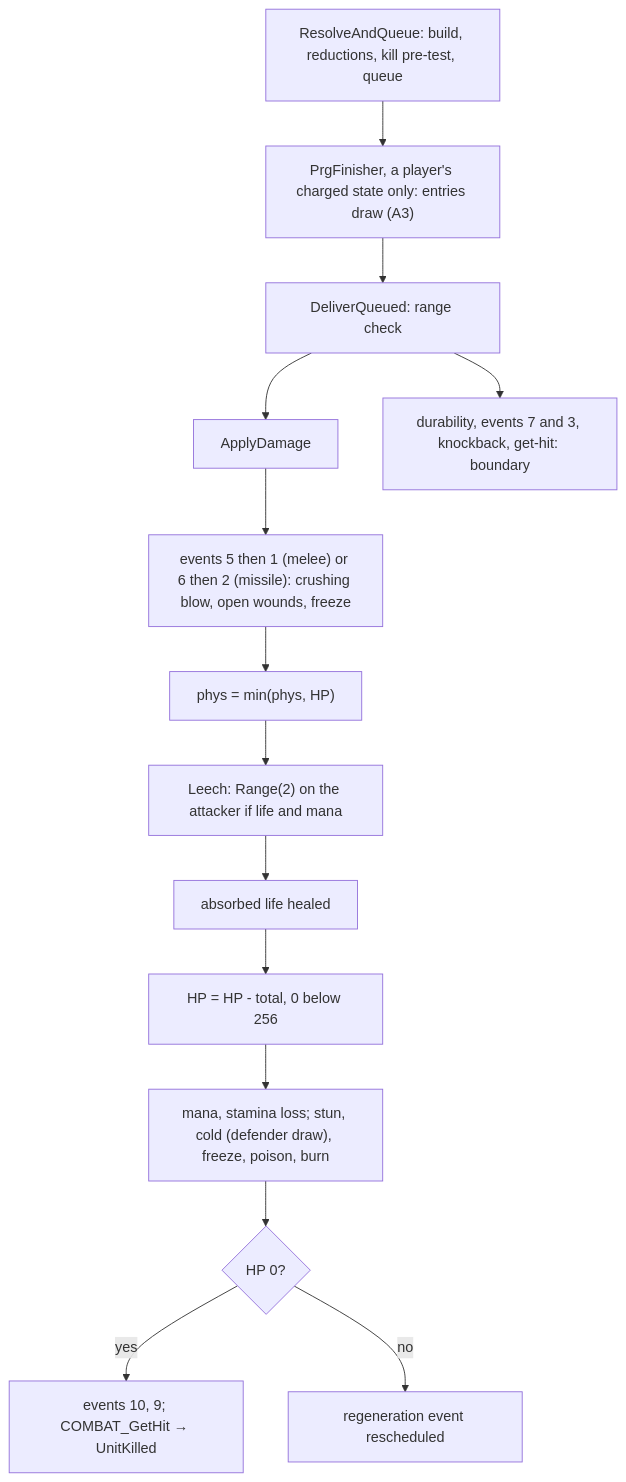
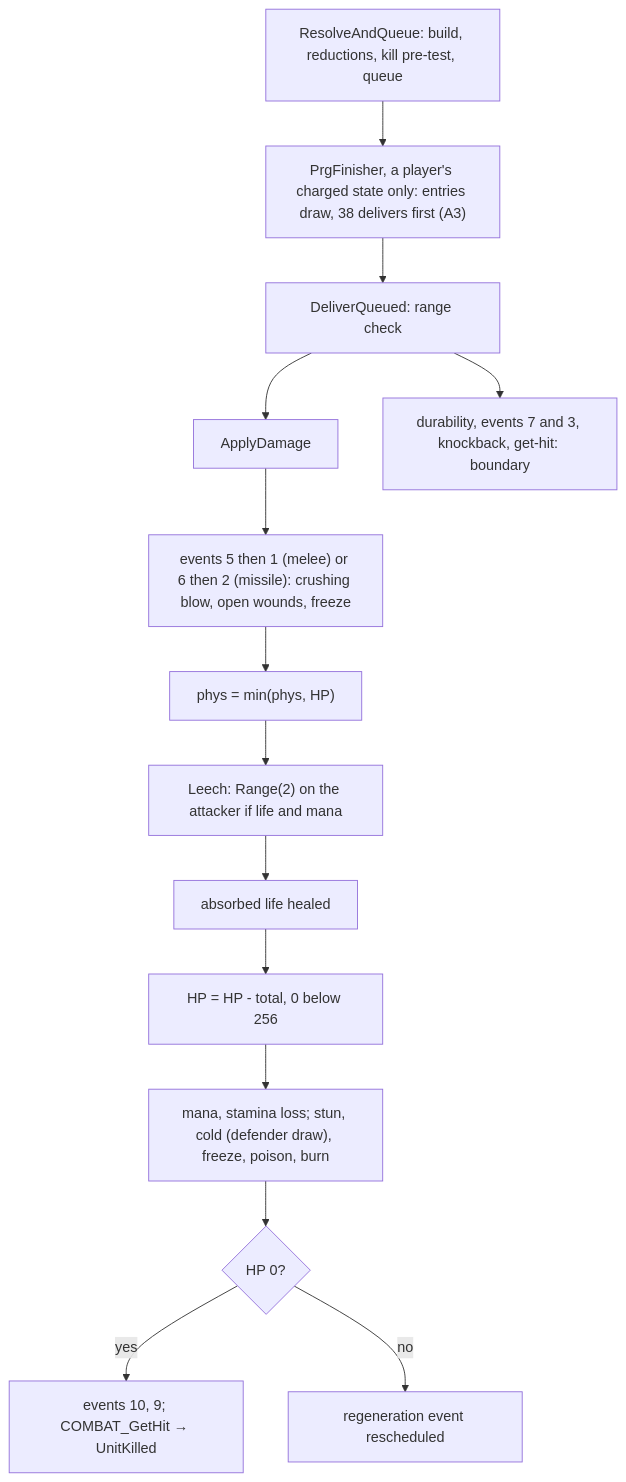
Before and after one commit to IgorKonovalov/diablo-2-recompilation: the first of 2 diagrams in docs/specs/combat/delivery.md, drawn with Mermaid. The commit also changed other lines of this file and 7 other files, not shown here.

````diff
--- a/docs/specs/combat/delivery.md
+++ b/docs/specs/combat/delivery.md
@@ -22,16 +22,16 @@
 ```mermaid
 flowchart TD
-  q["ResolveAndQueue: build, reductions, kill pre-test, queue"] --> fin["PrgFinisher, a player's charged state only: entries draw (A3)"]
+  q["ResolveAndQueue: build, reductions, kill pre-test, queue"] --> fin["PrgFinisher, a player's charged state only: entries draw, 38 delivers first (A3)"]
   fin --> dq["DeliverQueued: range check"]
   dq --> ad["ApplyDamage"]
   ad --> ev["events 5 then 1 (melee) or 6 then 2 (missile): crushing blow, open wounds, freeze"]
   ev --> cap["phys = min(phys, HP)"]
   cap --> le["Leech: Range(2) on the attacker if life and mana"]
   le --> ab["absorbed life healed"]
   ab --> hp["HP = HP - total, 0 below 256"]
   hp --> fx["mana, stamina loss; stun, cold (defender draw), freeze, poison, burn"]
   fx --> k{"HP 0?"}
   k -->|yes| kill["events 10, 9; COMBAT_GetHit → UnitKilled"]
   k -->|no| reg["regeneration event rescheduled"]
   dq --> extra["durability, events 7 and 3, knockback, get-hit: boundary"]
 ```
````
